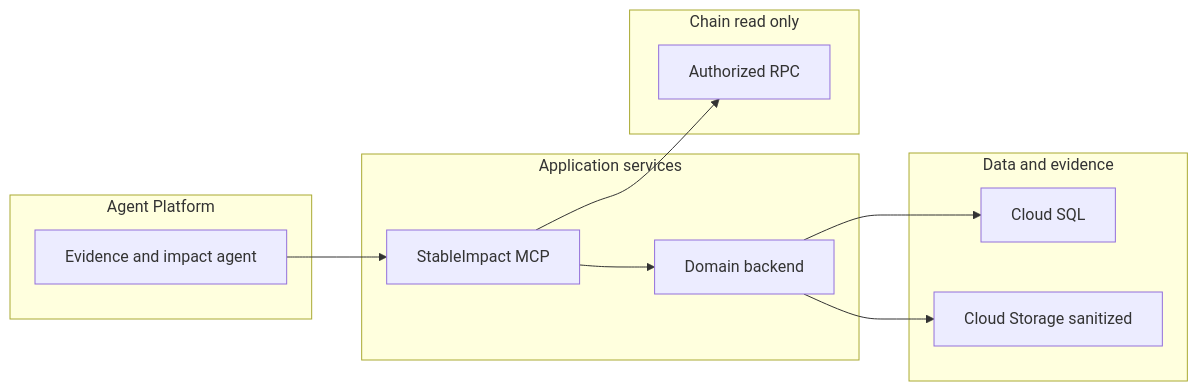
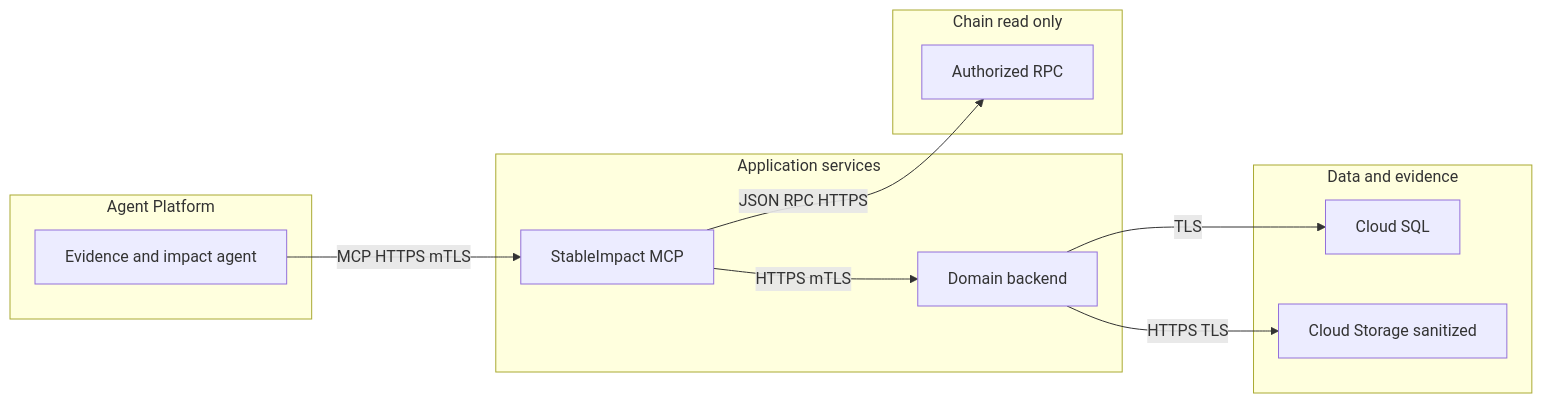
The tenth of 21 diagrams in stableimpact-design.md (eweinmanepam/Documents), drawn with Mermaid before and after one commit. The commit also changed other lines of this file, not shown here.

````diff
--- a/stableimpact-design.md
+++ b/stableimpact-design.md
@@ -297,26 +304,26 @@
 ```mermaid
 flowchart LR
   subgraph Platform[Agent Platform]
-    AGENT[Evidence and impact agent]
+    E_AGENT[Evidence and impact agent]
   end
 
   subgraph AppSvc[Application services]
-    MCP[StableImpact MCP]
-    API[Domain backend]
+    E_MCP[StableImpact MCP]
+    E_API[Domain backend]
   end
 
   subgraph DataZone[Data and evidence]
-    SQL[Cloud SQL]
-    GCS[Cloud Storage sanitized]
+    E_SQL[Cloud SQL]
+    E_GCS[Cloud Storage sanitized]
   end
 
   subgraph Chain[Chain read only]
-    RPC[Authorized RPC]
+    E_RPC[Authorized RPC]
   end
 
-  AGENT --> MCP
-  MCP --> API
-  API --> SQL
-  API --> GCS
-  MCP --> RPC
+  E_AGENT -->|MCP HTTPS mTLS| E_MCP
+  E_MCP -->|HTTPS mTLS| E_API
+  E_API -->|TLS| E_SQL
+  E_API -->|HTTPS TLS| E_GCS
+  E_MCP -->|JSON RPC HTTPS| E_RPC
 ```
````
